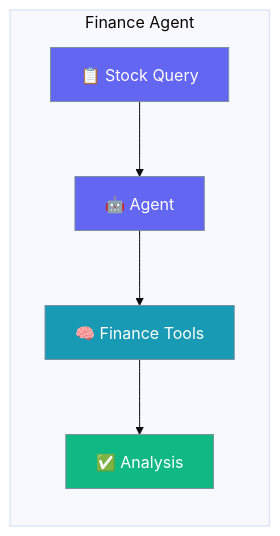
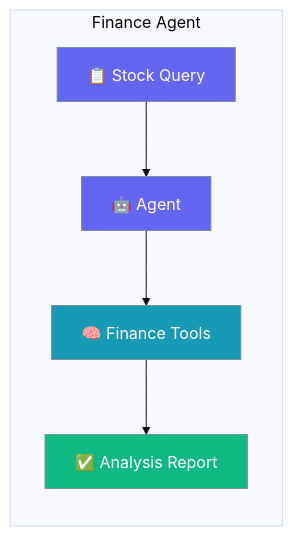
Before and after one commit to MervinPraison/PraisonAIDocs: the first of 2 diagrams in docs/agents/finance.mdx, drawn with Mermaid (base theme). The commit also changed other lines of this file and 2 other files, not shown here.

````diff
--- a/docs/agents/finance.mdx
+++ b/docs/agents/finance.mdx
@@ -23,16 +23,16 @@
 ```mermaid
 graph LR
     subgraph "Finance Agent"
         User[📋 Stock Query] --> Agent[🤖 Agent]
         Agent --> Tools[🧠 Finance Tools]
-        Tools --> Report[✅ Analysis]
+        Tools --> Report[✅ Analysis Report]
     end
 
     classDef input fill:#6366F1,stroke:#7C90A0,color:#fff
     classDef process fill:#189AB4,stroke:#7C90A0,color:#fff
     classDef output fill:#10B981,stroke:#7C90A0,color:#fff
 
     class User,Agent input
     class Tools process
     class Report output
 ```
````
